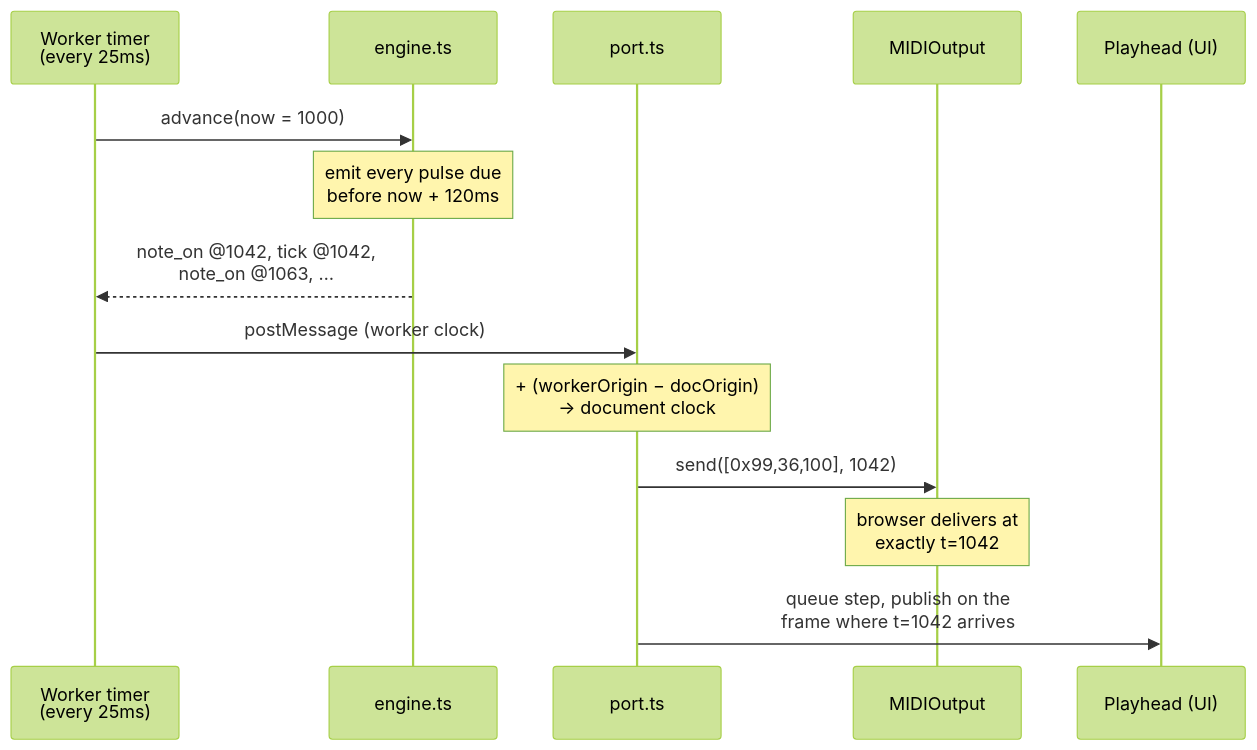
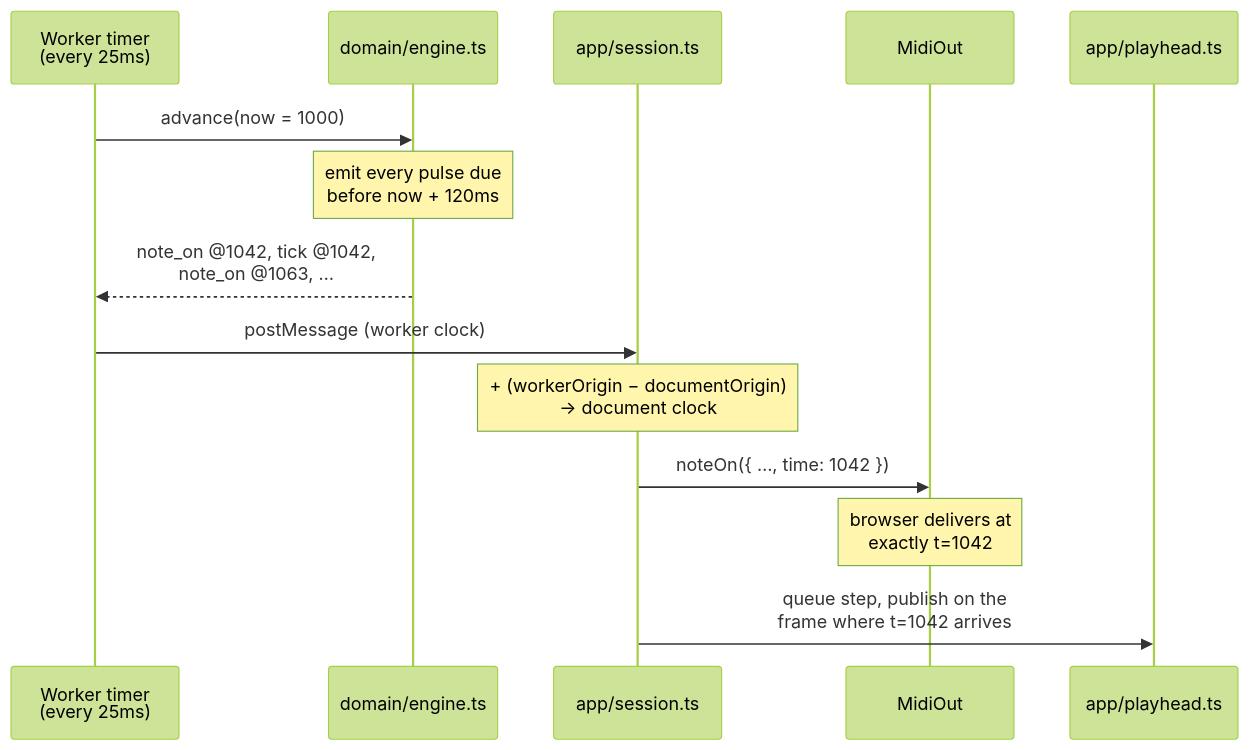
Before and after one commit to twfarland/seq: the second of 3 diagrams in README.md, drawn with Mermaid (forest theme). The commit also changed other lines of this file and 61 other files, not shown here.

````diff
--- a/README.md
+++ b/README.md
@@ -91,17 +159,17 @@
 ```mermaid
 sequenceDiagram
     participant T as Worker timer<br/>(every 25ms)
-    participant E as engine.ts
-    participant P as port.ts
-    participant M as MIDIOutput
-    participant V as Playhead (UI)
+    participant E as domain/engine.ts
+    participant S as app/session.ts
+    participant M as MidiOut
+    participant V as app/playhead.ts
 
     T->>E: advance(now = 1000)
     Note over E: emit every pulse due<br/>before now + 120ms
     E-->>T: note_on @1042, tick @1042,<br/>note_on @1063, …
-    T->>P: postMessage (worker clock)
-    Note over P: + (workerOrigin − docOrigin)<br/>→ document clock
-    P->>M: send([0x99,36,100], 1042)
+    T->>S: postMessage (worker clock)
+    Note over S: + (workerOrigin − documentOrigin)<br/>→ document clock
+    S->>M: noteOn({ …, time: 1042 })
     Note over M: browser delivers at<br/>exactly t=1042
-    P->>V: queue step, publish on the<br/>frame where t=1042 arrives
+    S->>V: queue step, publish on the<br/>frame where t=1042 arrives
 ```
````
